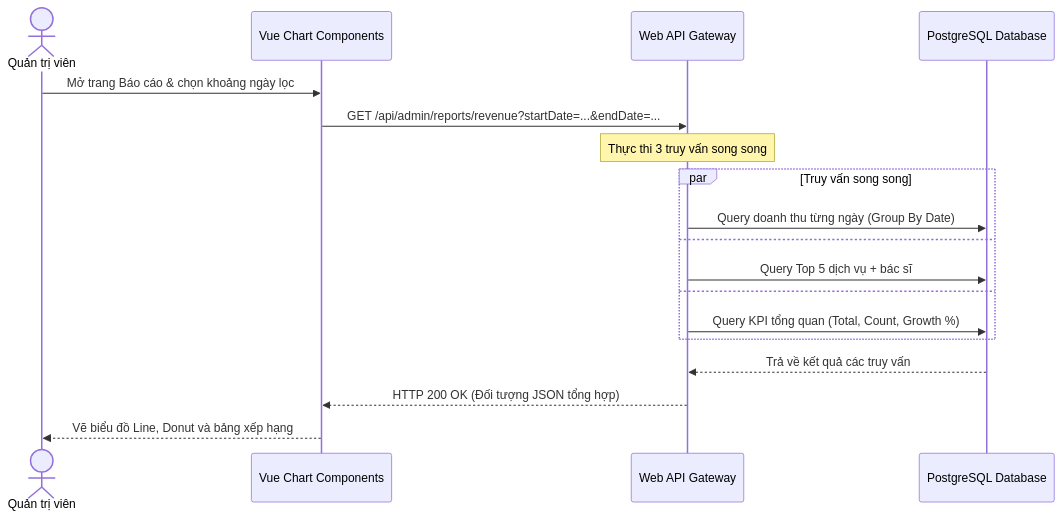
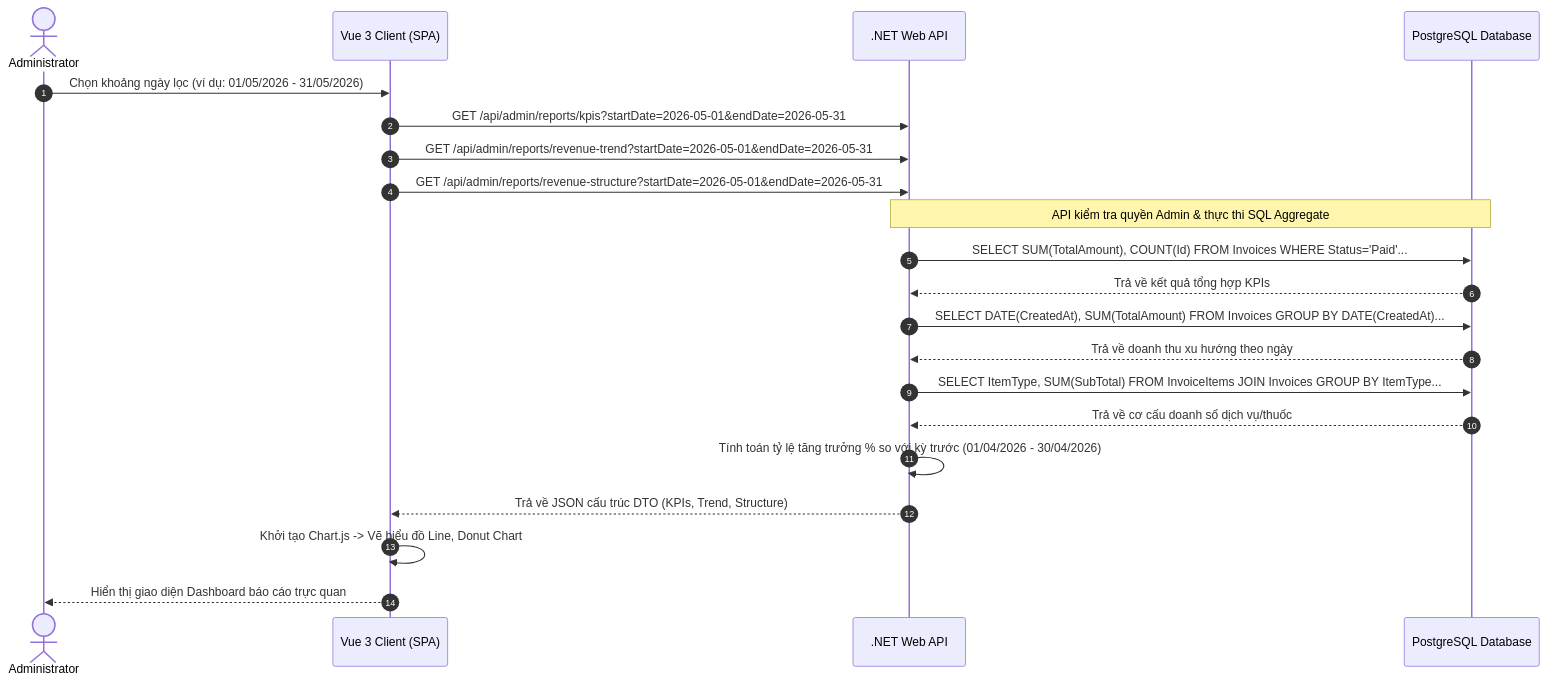
The diagram in plan/features/deep-decomposition/phase3-25-admin-reports/TECHNICAL_SPEC.md (NamSD1901/DATN-Final), drawn with Mermaid before and after one commit. The commit also changed other lines of this file and 11 other files, not shown here.

Commit message:
docs: upgrade specifications for phase 3 - admin revenue & performance reports

````diff
--- a/plan/features/deep-decomposition/phase3-25-admin-reports/TECHNICAL_SPEC.md
+++ b/plan/features/deep-decomposition/phase3-25-admin-reports/TECHNICAL_SPEC.md
@@ -11,24 +11,28 @@
 ```mermaid
 sequenceDiagram
-    actor Admin as Quản trị viên
-    participant FE as Vue Chart Components
-    participant API as Web API Gateway
+    autonumber
+    actor A as Administrator
+    participant FE as Vue 3 Client (SPA)
+    participant BE as .NET Web API
     participant DB as PostgreSQL Database
 
-    Admin->>FE: Mở trang Báo cáo & chọn khoảng ngày lọc
-    FE->>API: GET /api/admin/reports/revenue?startDate=...&endDate=...
+    A->>FE: Chọn khoảng ngày lọc (ví dụ: 01/05/2026 - 31/05/2026)
+    FE->>BE: GET /api/admin/reports/kpis?startDate=2026-05-01&endDate=2026-05-31
+    FE->>BE: GET /api/admin/reports/revenue-trend?startDate=2026-05-01&endDate=2026-05-31
+    FE->>BE: GET /api/admin/reports/revenue-structure?startDate=2026-05-01&endDate=2026-05-31
+
+    Note over BE, DB: API kiểm tra quyền Admin & thực thi SQL Aggregate
+    BE->>DB: SELECT SUM(TotalAmount), COUNT(Id) FROM Invoices WHERE Status='Paid'...
+    DB-->>BE: Trả về kết quả tổng hợp KPIs
     
-    Note over API: Thực thi 3 truy vấn song song
+    BE->>DB: SELECT DATE(CreatedAt), SUM(TotalAmount) FROM Invoices GROUP BY DATE(CreatedAt)...
+    DB-->>BE: Trả về doanh thu xu hướng theo ngày
     
-    par Truy vấn song song
-        API->>DB: Query doanh thu từng ngày (Group By Date)
-    and
-        API->>DB: Query Top 5 dịch vụ + bác sĩ
-    and
-        API->>DB: Query KPI tổng quan (Total, Count, Growth %)
-    end
+    BE->>DB: SELECT ItemType, SUM(SubTotal) FROM InvoiceItems JOIN Invoices GROUP BY ItemType...
+    DB-->>BE: Trả về cơ cấu doanh số dịch vụ/thuốc
     
-    DB-->>API: Trả về kết quả các truy vấn
-    API-->>FE: HTTP 200 OK (Đối tượng JSON tổng hợp)
-    FE-->>Admin: Vẽ biểu đồ Line, Donut và bảng xếp hạng
+    BE->>BE: Tính toán tỷ lệ tăng trưởng % so với kỳ trước (01/04/2026 - 30/04/2026)
+    BE-->>FE: Trả về JSON cấu trúc DTO (KPIs, Trend, Structure)
+    FE->>FE: Khởi tạo Chart.js -> Vẽ biểu đồ Line, Donut Chart
+    FE-->>A: Hiển thị giao diện Dashboard báo cáo trực quan
 ```
````
